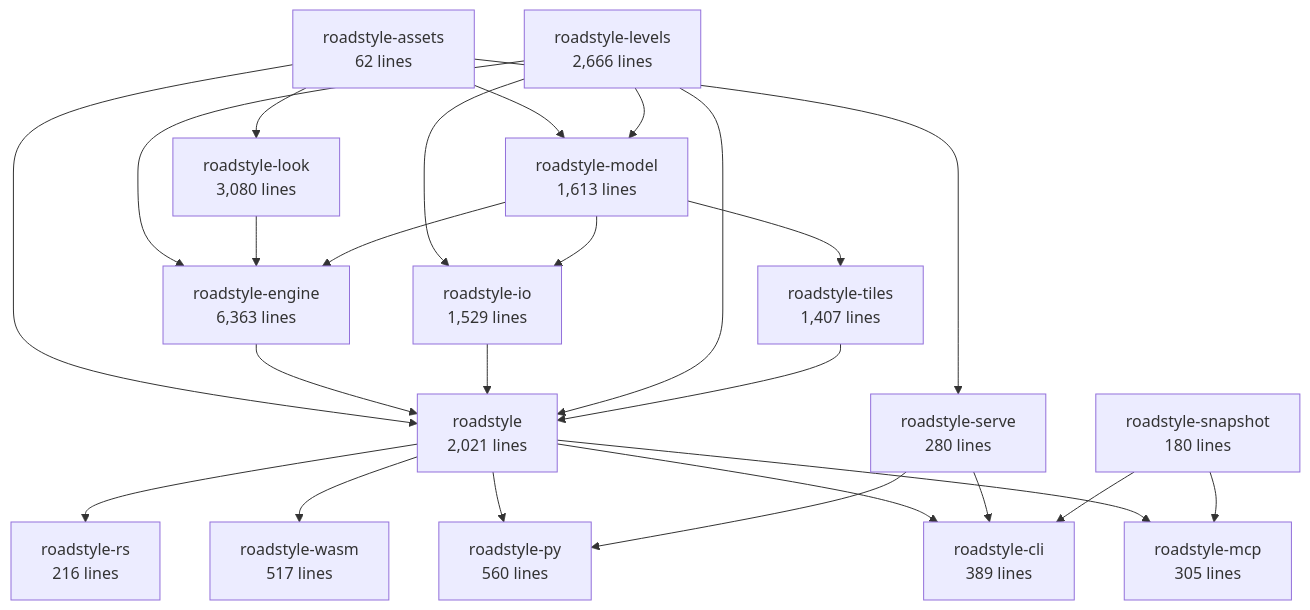
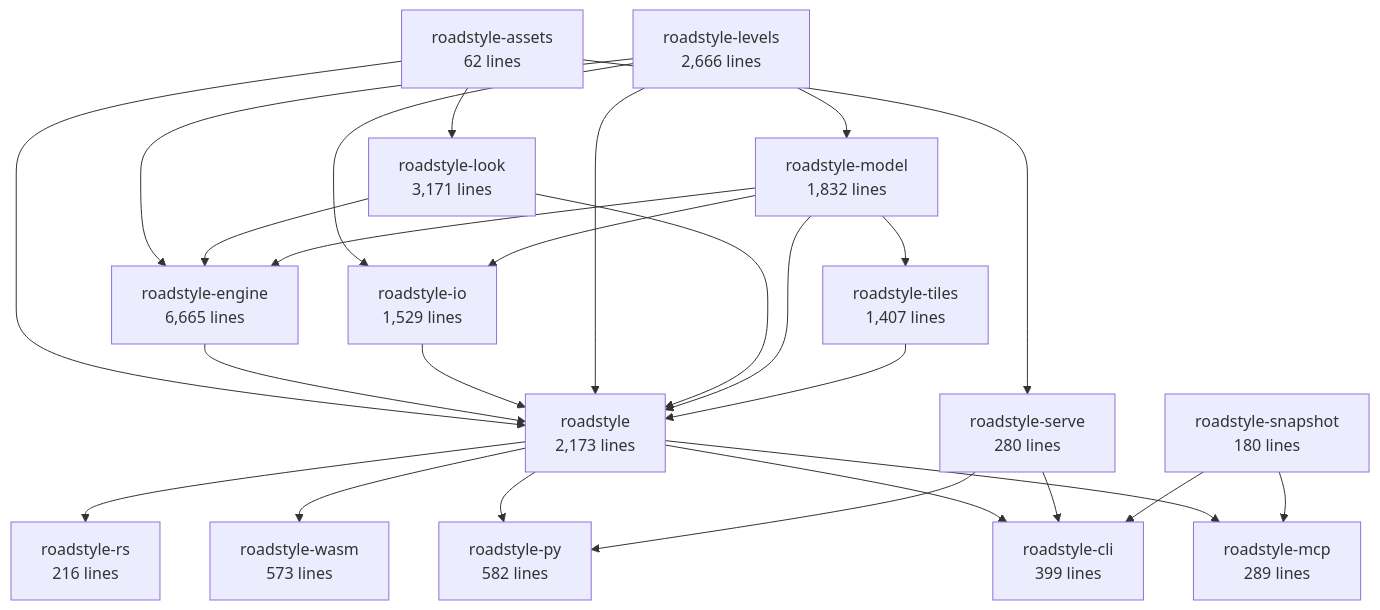
The second of 6 diagrams in docs/rust/architecture.md (Khoshkhah/roadstyle), drawn with Mermaid before and after one commit. The commit also changed other lines of this file and 9 other files, not shown here.

````diff
--- a/docs/rust/architecture.md
+++ b/docs/rust/architecture.md
@@ -70,42 +70,43 @@
 ```mermaid
 flowchart TB
     roadstyle_assets["roadstyle-assets<br/>62 lines"]
-    roadstyle_model["roadstyle-model<br/>1,613 lines"]
-    roadstyle_look["roadstyle-look<br/>3,080 lines"]
+    roadstyle_model["roadstyle-model<br/>1,832 lines"]
+    roadstyle_look["roadstyle-look<br/>3,171 lines"]
     roadstyle_io["roadstyle-io<br/>1,529 lines"]
     roadstyle_levels["roadstyle-levels<br/>2,666 lines"]
-    roadstyle_engine["roadstyle-engine<br/>6,363 lines"]
+    roadstyle_engine["roadstyle-engine<br/>6,665 lines"]
     roadstyle_tiles["roadstyle-tiles<br/>1,407 lines"]
-    roadstyle["roadstyle<br/>2,021 lines"]
+    roadstyle["roadstyle<br/>2,173 lines"]
     roadstyle_rs["roadstyle-rs<br/>216 lines"]
-    roadstyle_wasm["roadstyle-wasm<br/>517 lines"]
-    roadstyle_py["roadstyle-py<br/>560 lines"]
-    roadstyle_cli["roadstyle-cli<br/>389 lines"]
-    roadstyle_mcp["roadstyle-mcp<br/>305 lines"]
+    roadstyle_wasm["roadstyle-wasm<br/>573 lines"]
+    roadstyle_py["roadstyle-py<br/>582 lines"]
+    roadstyle_cli["roadstyle-cli<br/>399 lines"]
+    roadstyle_mcp["roadstyle-mcp<br/>289 lines"]
     roadstyle_serve["roadstyle-serve<br/>280 lines"]
     roadstyle_snapshot["roadstyle-snapshot<br/>180 lines"]
-    roadstyle_assets --> roadstyle_model
     roadstyle_levels --> roadstyle_model
     roadstyle_assets --> roadstyle_look
     roadstyle_levels --> roadstyle_io
     roadstyle_model --> roadstyle_io
     roadstyle_levels --> roadstyle_engine
     roadstyle_look --> roadstyle_engine
     roadstyle_model --> roadstyle_engine
     roadstyle_model --> roadstyle_tiles
     roadstyle_assets --> roadstyle
     roadstyle_engine --> roadstyle
     roadstyle_io --> roadstyle
     roadstyle_levels --> roadstyle
+    roadstyle_look --> roadstyle
+    roadstyle_model --> roadstyle
     roadstyle_tiles --> roadstyle
     roadstyle --> roadstyle_rs
     roadstyle --> roadstyle_wasm
     roadstyle --> roadstyle_py
     roadstyle_serve --> roadstyle_py
     roadstyle --> roadstyle_cli
     roadstyle_serve --> roadstyle_cli
     roadstyle_snapshot --> roadstyle_cli
     roadstyle --> roadstyle_mcp
     roadstyle_snapshot --> roadstyle_mcp
     roadstyle_assets --> roadstyle_serve
 ```
````
